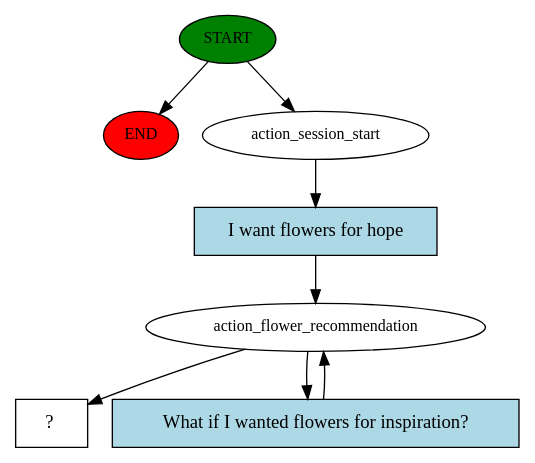
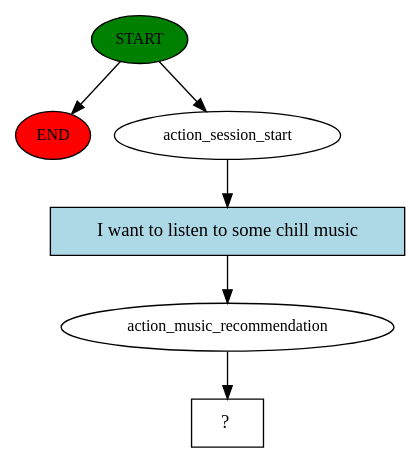
Before and after one commit to KazeShikaru/ChatBot: the diagram in rasa/story_graph.dot, drawn with Graphviz. The commit also changed 20 other files, not shown here.

```diff
--- a/rasa/story_graph.dot
+++ b/rasa/story_graph.dot
@@ -1,16 +1,13 @@
 digraph  {
 0 [class="start active", fillcolor=green, fontsize=12, label=START, style=filled];
 "-1" [class=end, fillcolor=red, fontsize=12, label=END, style=filled];
 1 [class=active, fontsize=12, label=action_session_start];
-2 [class=active, fontsize=12, label=action_flower_recommendation];
-4 [class="intent dashed active", label="  ?  ", shape=rect];
-5 [class="intent active", fillcolor=lightblue, label="I want flowers for hope", shape=rect, style=filled];
-6 [class="intent active", fillcolor=lightblue, label="What if I wanted flowers for inspiration?", shape=rect, style=filled];
+2 [class=active, fontsize=12, label=action_music_recommendation];
+3 [class="intent dashed active", label="  ?  ", shape=rect];
+4 [class="intent active", fillcolor=lightblue, label="I want to listen to some chill music", shape=rect, style=filled];
 0 -> "-1"  [class="", key=NONE, label=""];
 0 -> 1  [class=active, key=NONE, label=""];
-1 -> 5  [class=active, key=0];
-2 -> 4  [class=active, key=NONE, label=""];
-2 -> 6  [class=active, key=0];
-5 -> 2  [class=active, key=0];
-6 -> 2  [class=active, key=0];
+1 -> 4  [class=active, key=0];
+2 -> 3  [class=active, key=NONE, label=""];
+4 -> 2  [class=active, key=0];
 }
```
